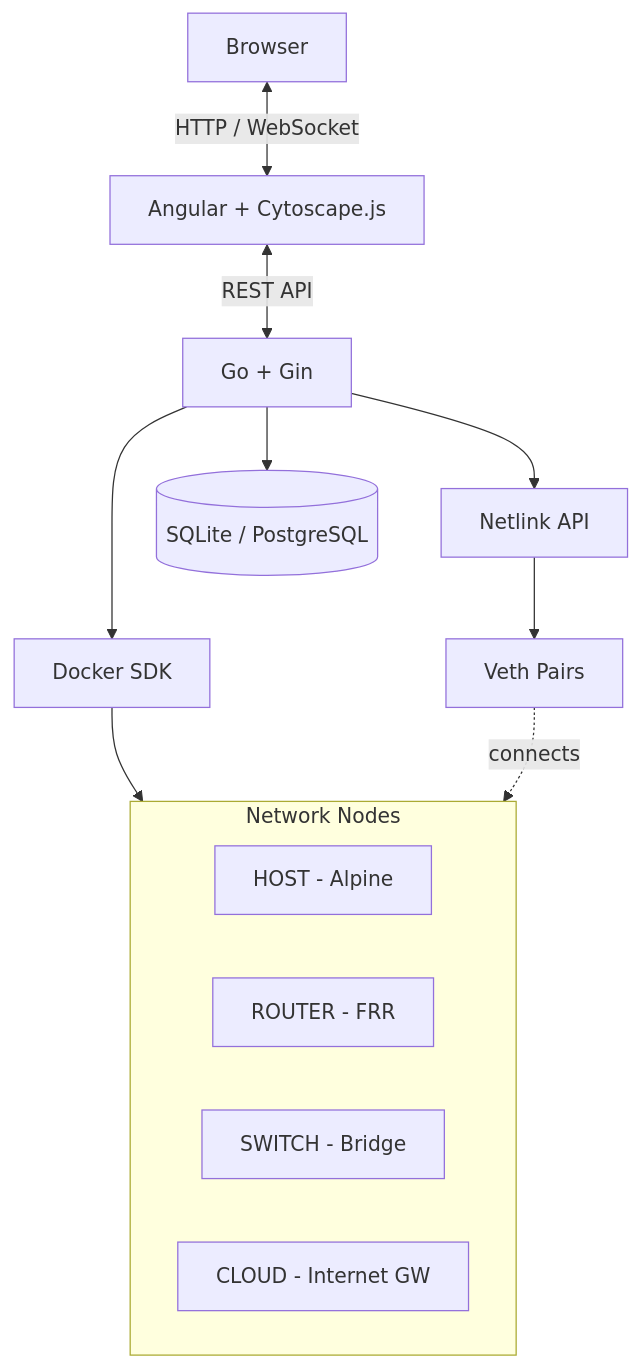
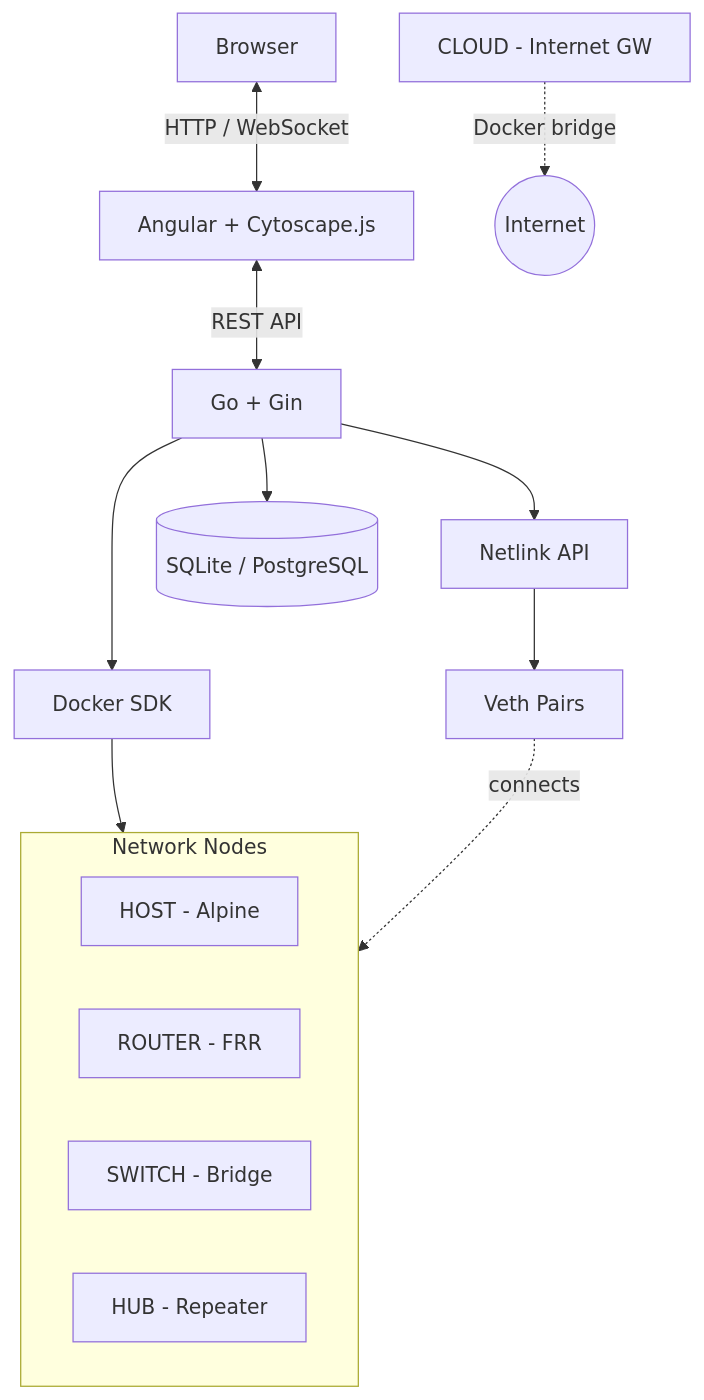
One commit to RArielVillalobos/open-veth changed the diagram in README.md. Above: the diagram before and after it, drawn with Mermaid. The commit also changed other lines of this file, not shown here.

````diff
--- a/README.md
+++ b/README.md
@@ -123,21 +124,23 @@
 ```mermaid
 graph TD
     Browser[Browser] <-->|HTTP / WebSocket| Frontend[Angular + Cytoscape.js]
     Frontend <-->|REST API| Backend[Go + Gin]
 
     Backend --> Docker[Docker SDK]
     Backend --> Netlink[Netlink API]
     Backend --> DB[(SQLite / PostgreSQL)]
 
     Docker --> Containers
     Netlink --> Veth[Veth Pairs]
 
     subgraph Containers [Network Nodes]
         H[HOST - Alpine]
         R[ROUTER - FRR]
         S[SWITCH - Bridge]
-        C[CLOUD - Internet GW]
+        HB[HUB - Repeater]
     end
 
     Veth -.->|connects| Containers
+
+    C[CLOUD - Internet GW] -.->|Docker bridge| Internet((Internet))
 ```
````
